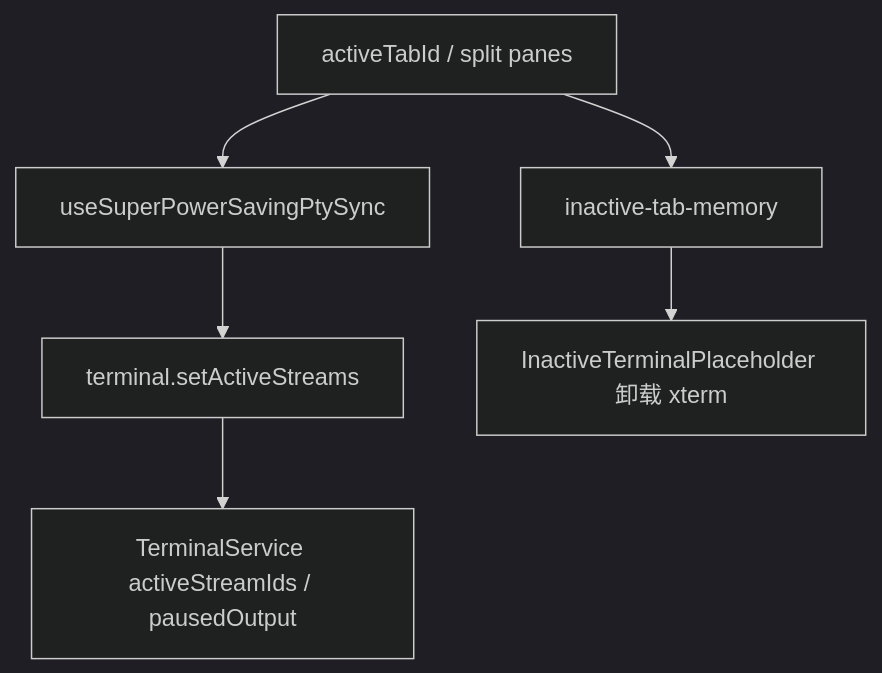
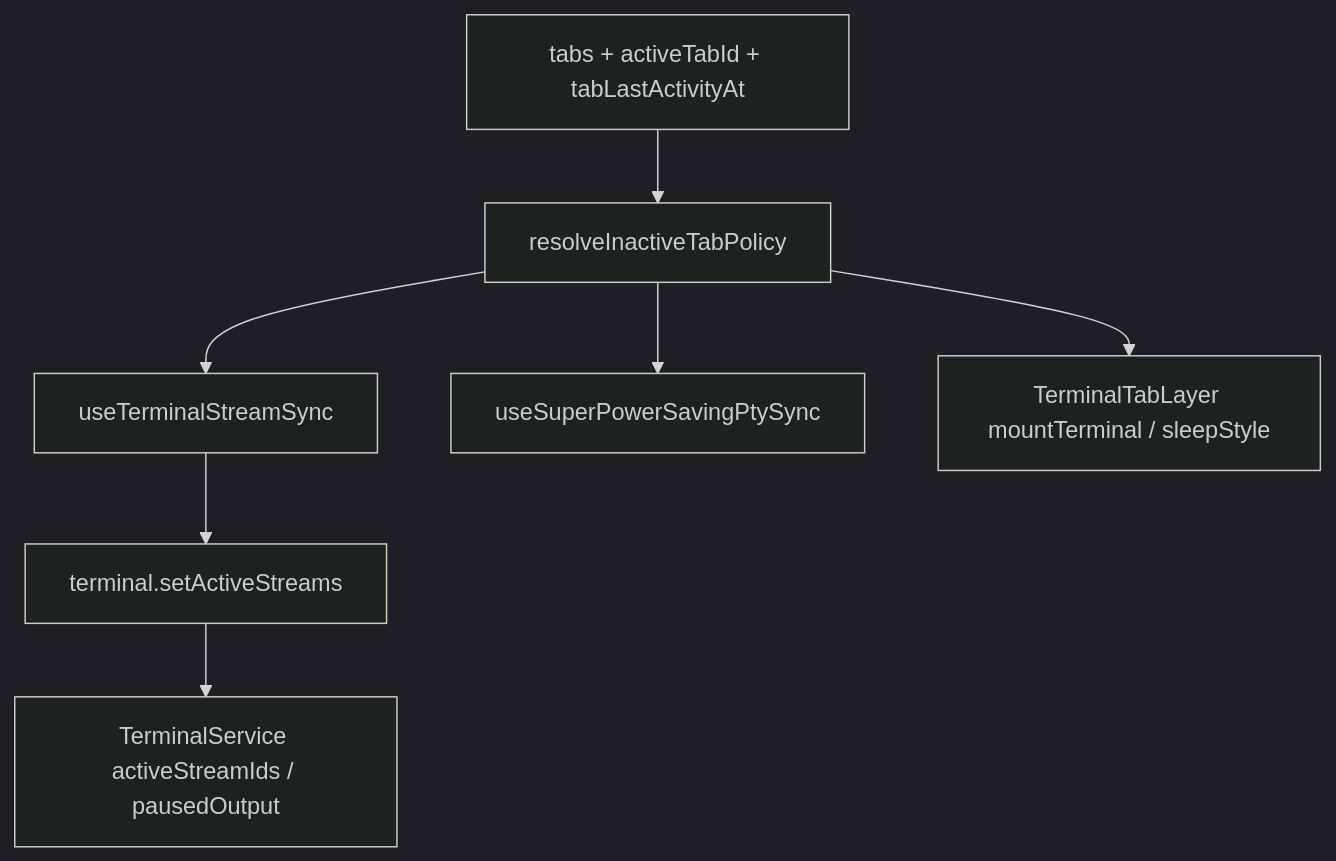
Before and after one commit to Landers1037/NioZy: the first of 3 diagrams in docs/功能性能.md, drawn with Mermaid (dark theme). The commit also changed other lines of this file and 10 other files, not shown here.

````diff
--- a/docs/功能性能.md
+++ b/docs/功能性能.md
@@ -22,12 +49,15 @@
 ```mermaid
 flowchart TB
-  Active["activeTabId / split panes"]
-  Hook1["useSuperPowerSavingPtySync"]
-  Hook2["inactive-tab-memory"]
+  Tabs["tabs + activeTabId + tabLastActivityAt"]
+  Policy["resolveInactiveTabPolicy"]
+  StreamHook["useTerminalStreamSync"]
+  PtyHook["useSuperPowerSavingPtySync"]
   API["terminal.setActiveStreams"]
   TS["TerminalService activeStreamIds / pausedOutput"]
-  Placeholder["InactiveTerminalPlaceholder 卸载 xterm"]
+  Layer["TerminalTabLayer mountTerminal / sleepStyle"]
 
-  Active --> Hook1 --> API --> TS
-  Active --> Hook2 --> Placeholder
+  Tabs --> Policy
+  Policy --> StreamHook --> API --> TS
+  Policy --> PtyHook
+  Policy --> Layer
 ```
````
